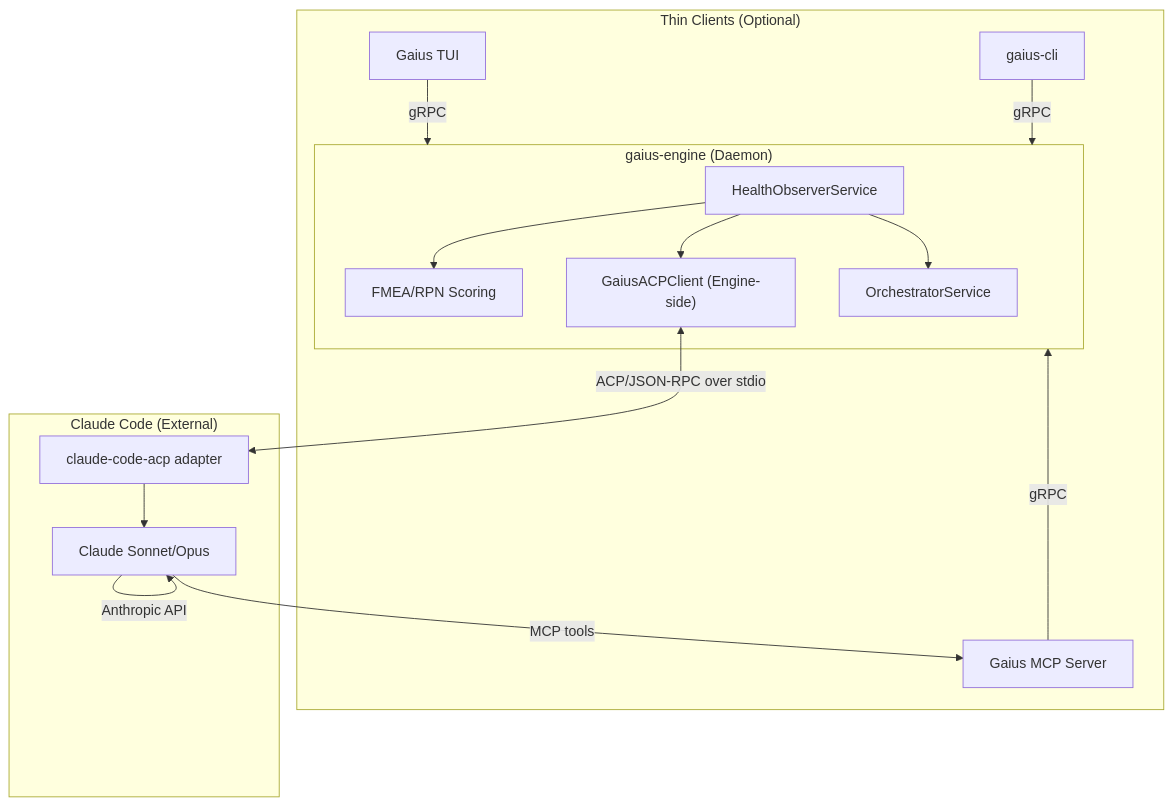
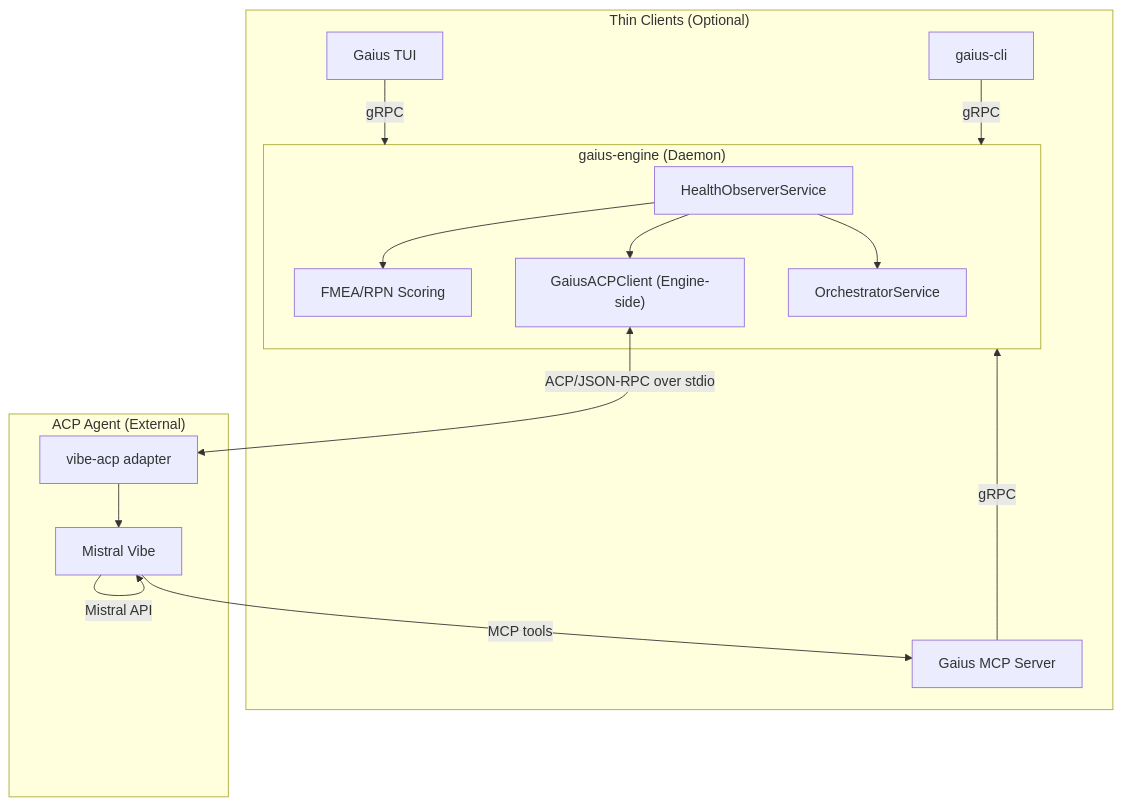
Before and after one commit to zndx/gaius: the first of 2 diagrams in src/gaius/acp/README.md, drawn with Mermaid. The commit also changed other lines of this file and 22 other files, not shown here.

First line of the commit message:
refactor(acp): replace Claude Code references with Mistral Vibe

````diff
--- a/src/gaius/acp/README.md
+++ b/src/gaius/acp/README.md
@@ -23,34 +24,34 @@
 ```mermaid
 flowchart TB
     subgraph Engine["gaius-engine (Daemon)"]
         Observer["HealthObserverService"]
         FMEA["FMEA/RPN Scoring"]
         ACPClient["GaiusACPClient (Engine-side)"]
         Orch["OrchestratorService"]
 
         Observer --> FMEA
         Observer --> ACPClient
         Observer --> Orch
     end
 
     subgraph Clients["Thin Clients (Optional)"]
         MCP["Gaius MCP Server"]
         TUI["Gaius TUI"]
         CLI["gaius-cli"]
 
         MCP -->|gRPC| Engine
         TUI -->|gRPC| Engine
         CLI -->|gRPC| Engine
     end
 
-    subgraph Claude["Claude Code (External)"]
-        Adapter["claude-code-acp adapter"]
-        Model["Claude Sonnet/Opus"]
+    subgraph Agent["ACP Agent (External)"]
+        Adapter["vibe-acp adapter"]
+        Model["Mistral Vibe"]
 
         Adapter --> Model
     end
 
     ACPClient <-->|"ACP/JSON-RPC over stdio"| Adapter
-    Model -->|"Anthropic API"| Model
+    Model -->|"Mistral API"| Model
     Model -->|"MCP tools"| MCP
 ```
````
